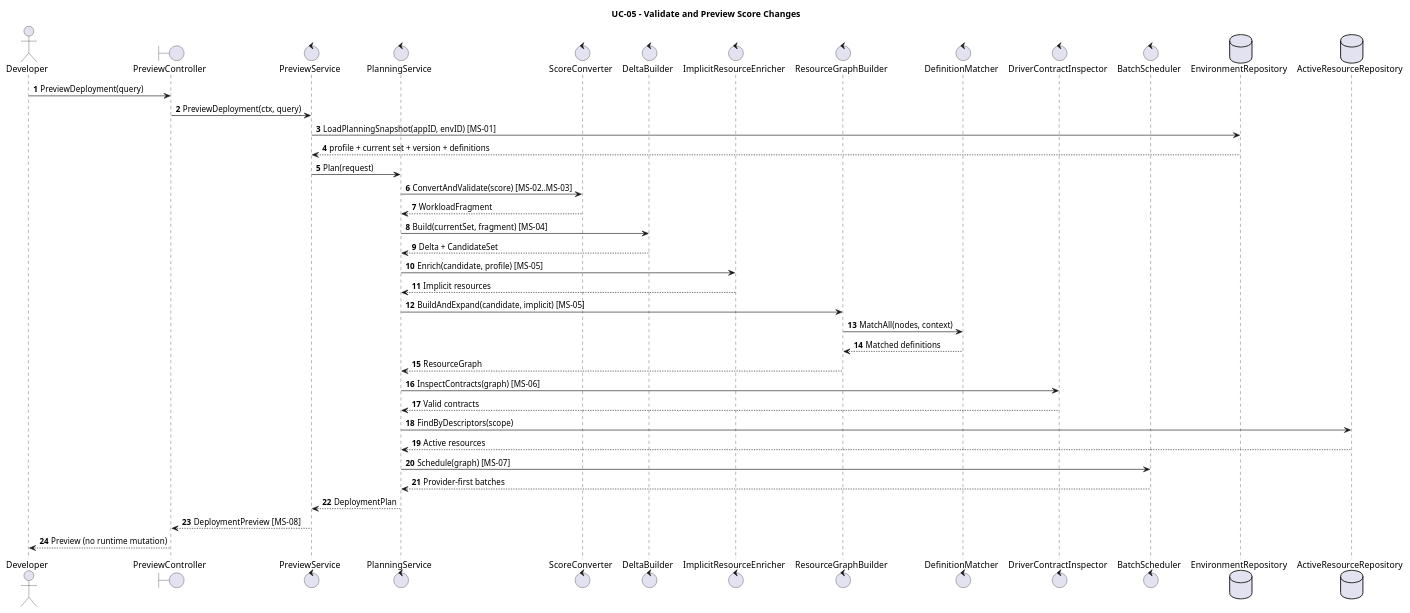
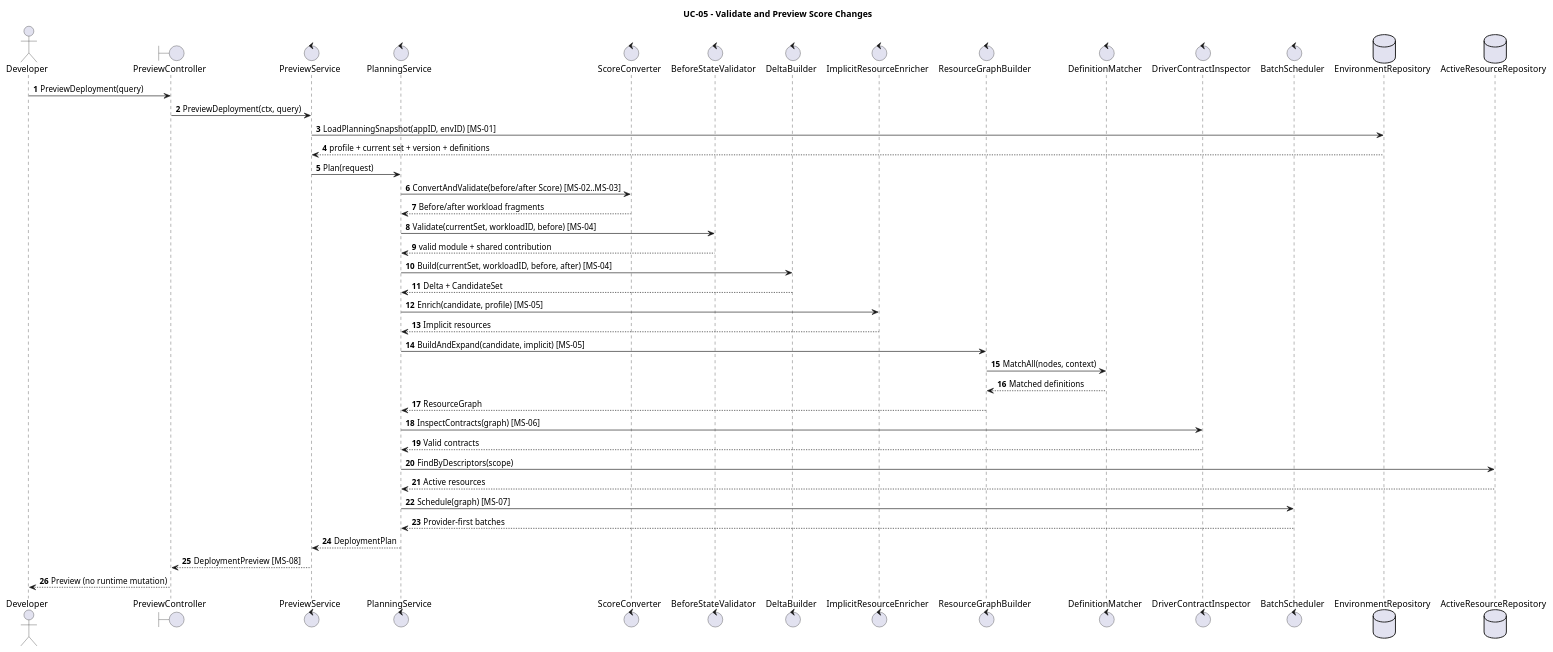
One commit to pr3s3nt/poc changed the diagram in orchestrator_docs/usecase/UC-05/sequence.puml. Above: the diagram before and after it, drawn with PlantUML. The commit also changed 139 other files, not shown here.

```diff
--- a/orchestrator_docs/usecase/UC-05/sequence.puml
+++ b/orchestrator_docs/usecase/UC-05/sequence.puml
@@ -1,42 +1,45 @@
 @startuml
 title UC-05 - Validate and Preview Score Changes
 autonumber
 actor Developer
 boundary PreviewController as API
 control PreviewService as Preview
 control PlanningService as Planner
 control ScoreConverter as Converter
+control BeforeStateValidator as BeforeValidator
 control DeltaBuilder as Delta
 control ImplicitResourceEnricher as Enricher
 control ResourceGraphBuilder as Graph
 control DefinitionMatcher as Matcher
 control DriverContractInspector as Inspector
 control BatchScheduler as Scheduler
 database EnvironmentRepository as EnvRepo
 database ActiveResourceRepository as ResourceRepo
 
 Developer -> API: PreviewDeployment(query)
 API -> Preview: PreviewDeployment(ctx, query)
 Preview -> EnvRepo: LoadPlanningSnapshot(appID, envID) [MS-01]
 EnvRepo --> Preview: profile + current set + version + definitions
 Preview -> Planner: Plan(request)
-Planner -> Converter: ConvertAndValidate(score) [MS-02..MS-03]
-Converter --> Planner: WorkloadFragment
-Planner -> Delta: Build(currentSet, fragment) [MS-04]
+Planner -> Converter: ConvertAndValidate(before/after Score) [MS-02..MS-03]
+Converter --> Planner: Before/after workload fragments
+Planner -> BeforeValidator: Validate(currentSet, workloadID, before) [MS-04]
+BeforeValidator --> Planner: valid module + shared contribution
+Planner -> Delta: Build(currentSet, workloadID, before, after) [MS-04]
 Delta --> Planner: Delta + CandidateSet
 Planner -> Enricher: Enrich(candidate, profile) [MS-05]
 Enricher --> Planner: Implicit resources
 Planner -> Graph: BuildAndExpand(candidate, implicit) [MS-05]
 Graph -> Matcher: MatchAll(nodes, context)
 Matcher --> Graph: Matched definitions
 Graph --> Planner: ResourceGraph
 Planner -> Inspector: InspectContracts(graph) [MS-06]
 Inspector --> Planner: Valid contracts
 Planner -> ResourceRepo: FindByDescriptors(scope)
 ResourceRepo --> Planner: Active resources
 Planner -> Scheduler: Schedule(graph) [MS-07]
 Scheduler --> Planner: Provider-first batches
 Planner --> Preview: DeploymentPlan
 Preview --> API: DeploymentPreview [MS-08]
 API --> Developer: Preview (no runtime mutation)
 @enduml
```
